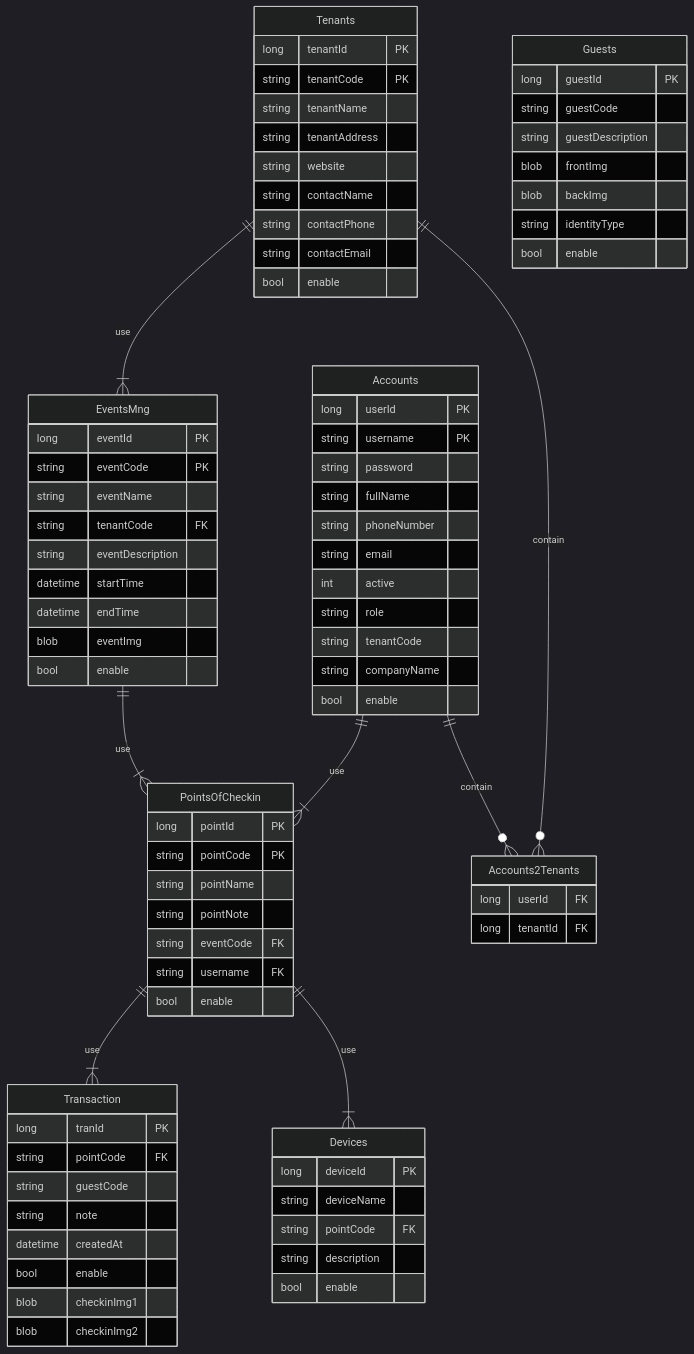
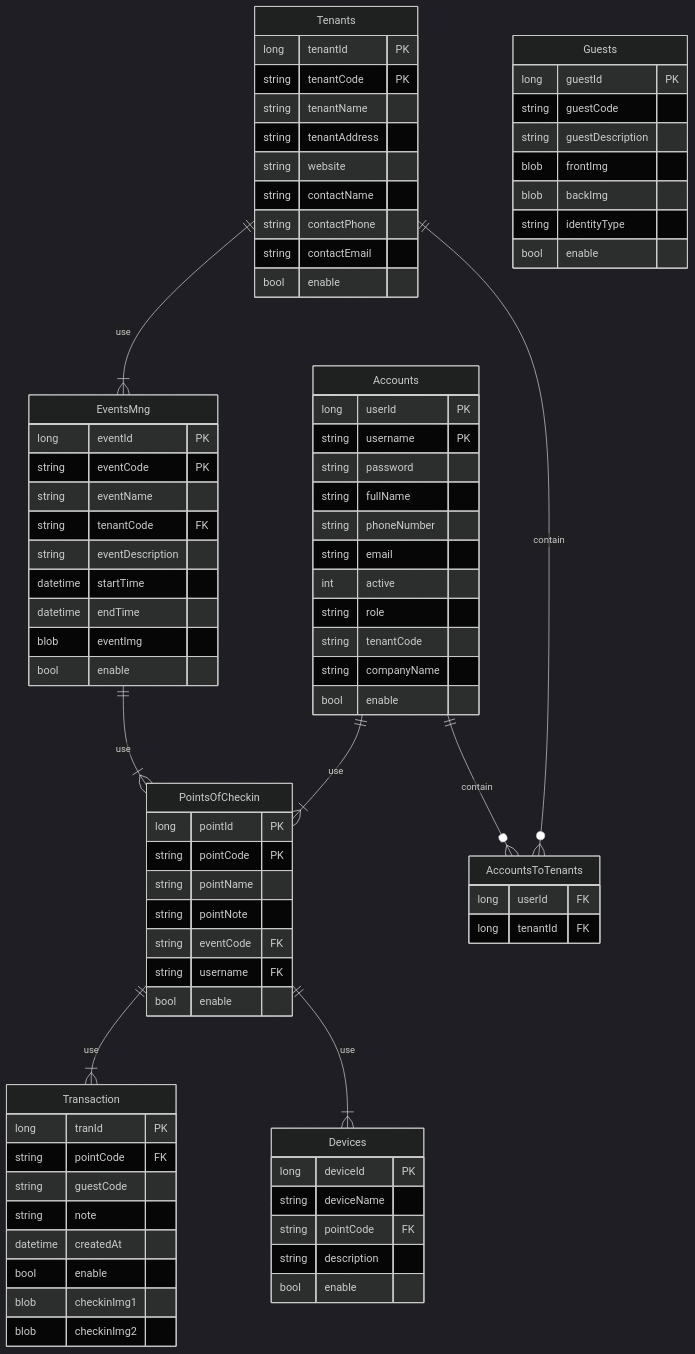
The diagram in DatabaseDesign.md (lehahung2k/checkin-system-server), drawn with Mermaid (dark theme) before and after one commit. The commit also changed 9 other files, not shown here.

```diff
--- a/DatabaseDesign.md
+++ b/DatabaseDesign.md
@@ -10,8 +10,8 @@
     PointsOfCheckin ||--|{ Transaction : use
     PointsOfCheckin ||--|{ Devices : use
     Guests
-    Accounts ||--o{ Accounts2Tenants : contain
-    Tenants ||--o{ Accounts2Tenants : contain
+    Accounts ||--o{ AccountsToTenants : contain
+    Tenants ||--o{ AccountsToTenants : contain
 
     Accounts {
         long userId PK
@@ -39,7 +39,7 @@
         bool enable
     }
 
-    Accounts2Tenants {
+    AccountsToTenants {
         long userId FK
         long tenantId FK
     }
```
